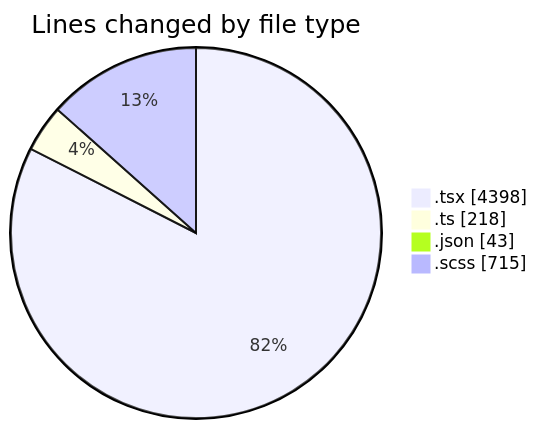
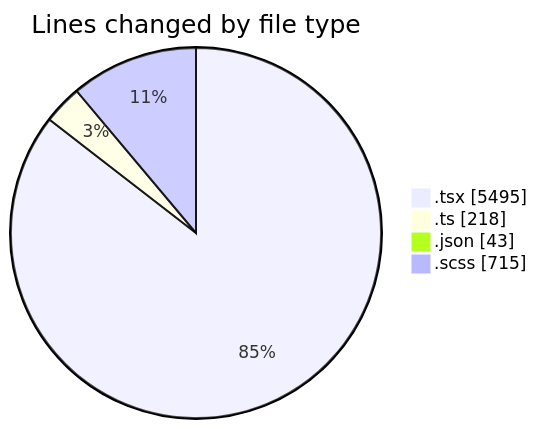
One commit to momahboobian/code-tracking changed the first of 2 diagrams in 2025-09-23/cda/README.md. Above: the diagram before and after it, drawn with Mermaid. The commit also changed other lines of this file and 1 other file, not shown here.

````diff
--- a/2025-09-23/cda/README.md
+++ b/2025-09-23/cda/README.md
@@ -34,8 +34,8 @@
 ```mermaid
 pie showData
 title Lines changed by file type
-".tsx" : 4398
+".tsx" : 5495
 ".ts" : 218
 ".json" : 43
 ".scss" : 715
 ```
````
